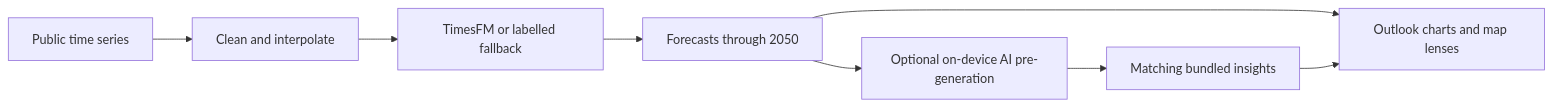
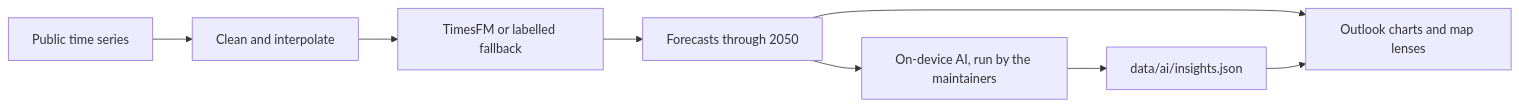
Before and after one commit to satvikp-coder/makarba-360: the second of 2 diagrams in README.md, drawn with Mermaid. The commit also changed other lines of this file and 25 other files, not shown here.

````diff
--- a/README.md
+++ b/README.md
@@ -86,10 +85,10 @@
 ```mermaid
 flowchart LR
   data[Public time series] --> prepare[Clean and interpolate]
   prepare --> model[TimesFM or labelled fallback]
   model --> file[Forecasts through 2050]
   file --> charts[Outlook charts and map lenses]
-  file --> pregen[Optional on-device AI pre-generation]
-  pregen --> cache[Matching bundled insights]
+  file --> pregen[On-device AI, run by the maintainers]
+  pregen --> cache[data/ai/insights.json]
   cache --> charts
 ```
````
